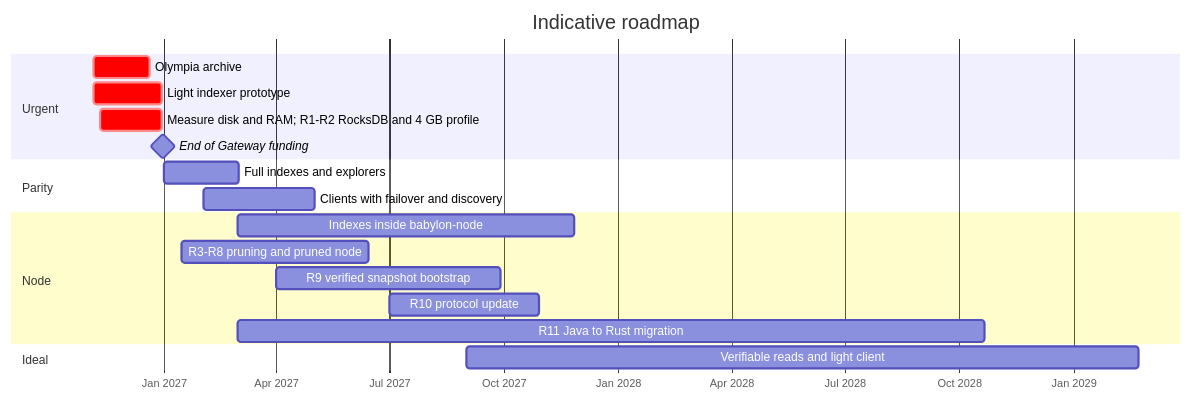
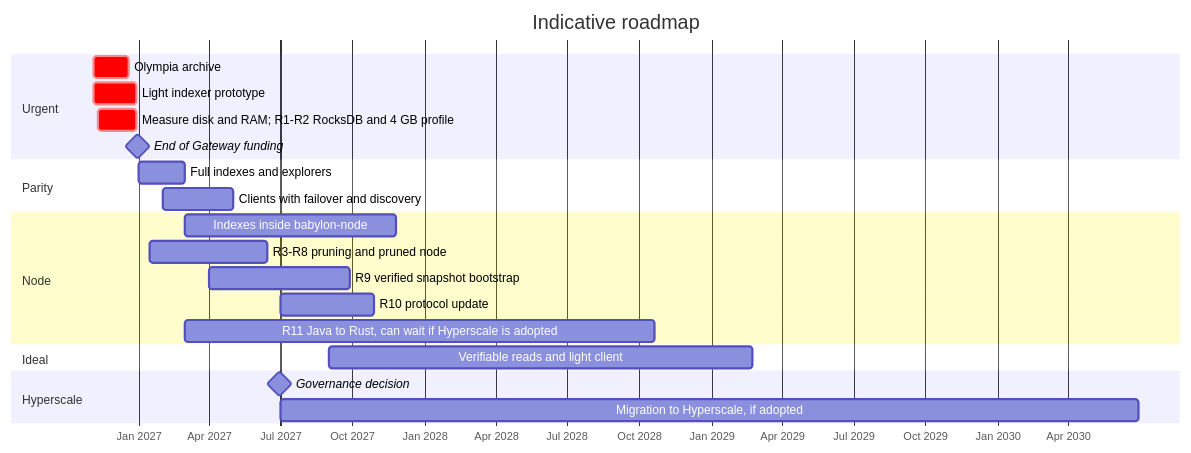
The first of 2 diagrams in docs/en/06-roadmap.md (dazligth/radix-decentralization-roadmap), drawn with Mermaid before and after one commit. The commit also changed other lines of this file and 17 other files, not shown here.

First line of the commit message:
Add Hyperscale migration chapter, glossary, reading guide and key figures

````diff
--- a/docs/en/06-roadmap.md
+++ b/docs/en/06-roadmap.md
@@ -5,22 +5,25 @@
 ```mermaid
 gantt
     title Indicative roadmap
     dateFormat YYYY-MM-DD
     axisFormat %b %Y
     section Urgent
     Olympia archive                          :crit, 2026-11-05, 45d
     Light indexer prototype                  :crit, 2026-11-05, 55d
     Measure disk and RAM; R1-R2 RocksDB and 4 GB profile :crit, 2026-11-10, 50d
     End of Gateway funding                   :milestone, 2026-12-31, 0d
     section Parity
     Full indexes and explorers               :2027-01-01, 60d
     Clients with failover and discovery      :2027-02-01, 90d
     section Node
     Indexes inside babylon-node              :2027-03-01, 270d
     R3-R8 pruning and pruned node            :2027-01-15, 150d
     R9 verified snapshot bootstrap           :2027-04-01, 180d
     R10 protocol update                      :2027-07-01, 120d
-    R11 Java to Rust migration               :2027-03-01, 600d
+    R11 Java to Rust, can wait if Hyperscale is adopted :2027-03-01, 600d
     section Ideal
     Verifiable reads and light client        :2027-09-01, 540d
+    section Hyperscale
+    Governance decision                      :milestone, 2027-06-30, 0d
+    Migration to Hyperscale, if adopted      :2027-07-01, 1095d
 ```
````
